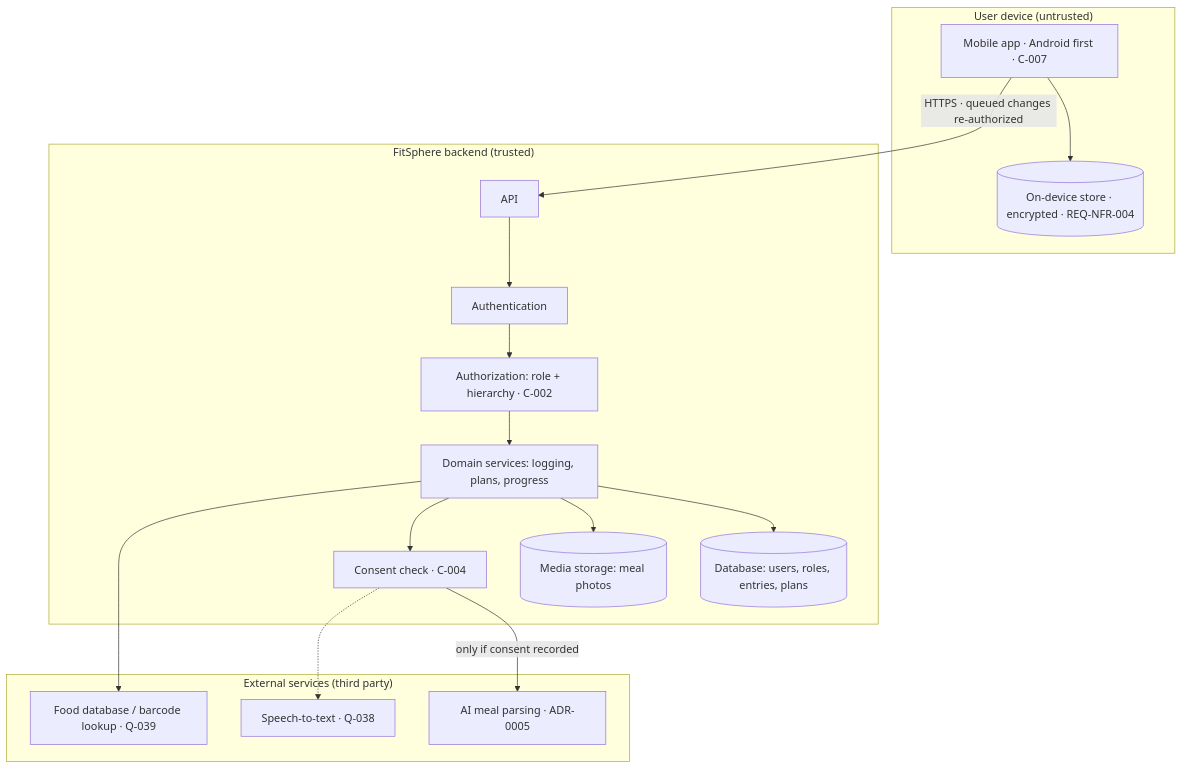
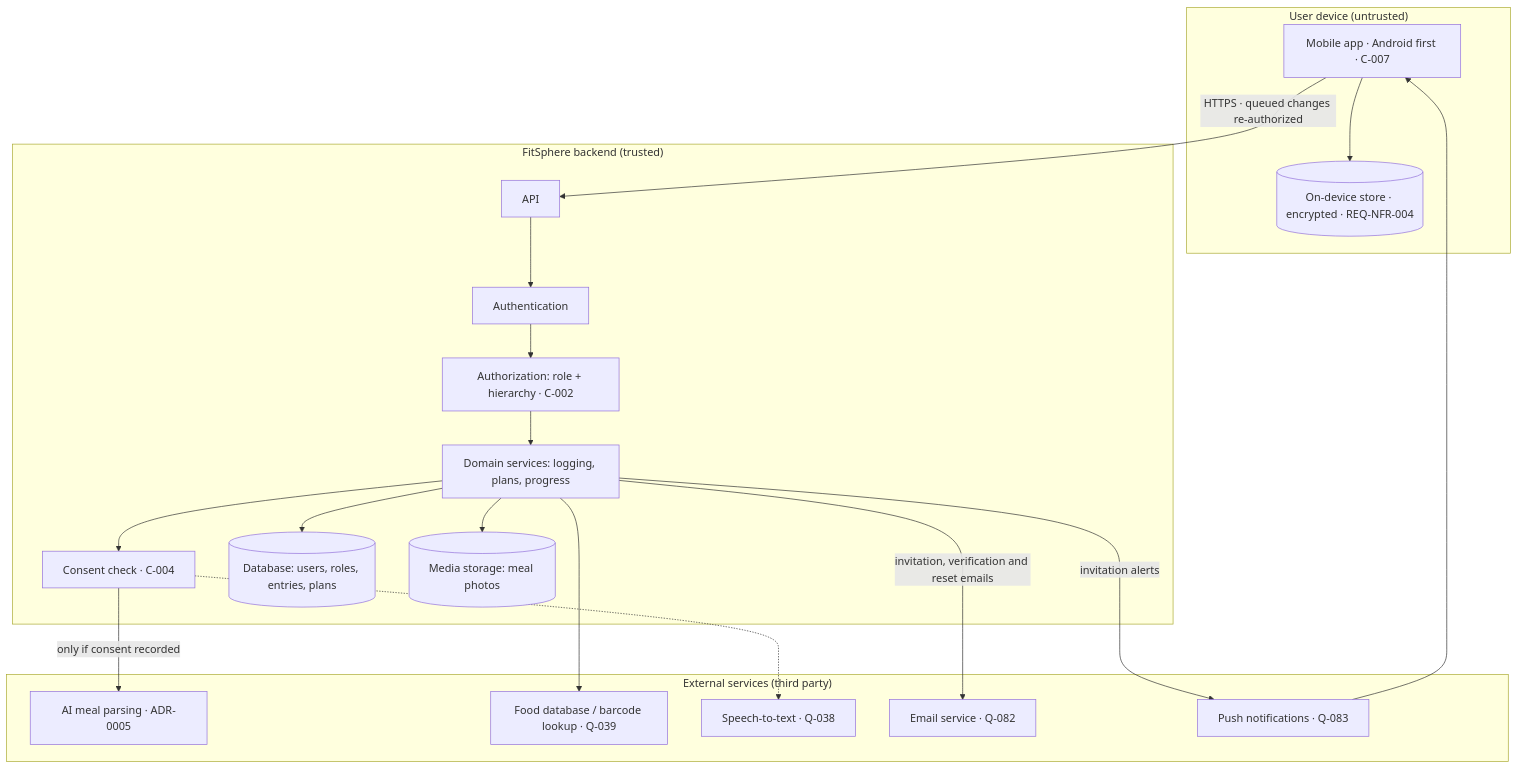
One commit to pradeepKumawatPalara/fitsphere changed the third of 3 diagrams in flow.md. Above: the diagram before and after it, drawn with Mermaid. The commit also changed other lines of this file and 12 other files, not shown here.

````diff
--- a/flow.md
+++ b/flow.md
@@ -49,30 +49,35 @@
 ```mermaid
 flowchart TD
     subgraph Device["User device (untrusted)"]
         APP[Mobile app · Android first · C-007]
         LOCAL[(On-device store · encrypted · REQ-NFR-004)]
     end
     subgraph Backend["FitSphere backend (trusted)"]
         API[API]
         AUTHN[Authentication]
         AUTHZ[Authorization: role + hierarchy · C-002]
         SVC[Domain services: logging, plans, progress]
         CONSENT[Consent check · C-004]
         DB[(Database: users, roles, entries, plans)]
         FILES[(Media storage: meal photos)]
     end
     subgraph External["External services (third party)"]
         AIP[AI meal parsing · ADR-0005]
         FOOD[Food database / barcode lookup · Q-039]
         STT[Speech-to-text · Q-038]
+        EMAIL[Email service · Q-082]
+        PUSH[Push notifications · Q-083]
     end
     APP --> LOCAL
     APP -- HTTPS · queued changes re-authorized --> API
     API --> AUTHN --> AUTHZ --> SVC
     SVC --> DB
     SVC --> FILES
     SVC --> CONSENT
     CONSENT -- only if consent recorded --> AIP
     CONSENT -.-> STT
     SVC --> FOOD
+    SVC -- invitation, verification and reset emails --> EMAIL
+    SVC -- invitation alerts --> PUSH
+    PUSH --> APP
 ```
````
